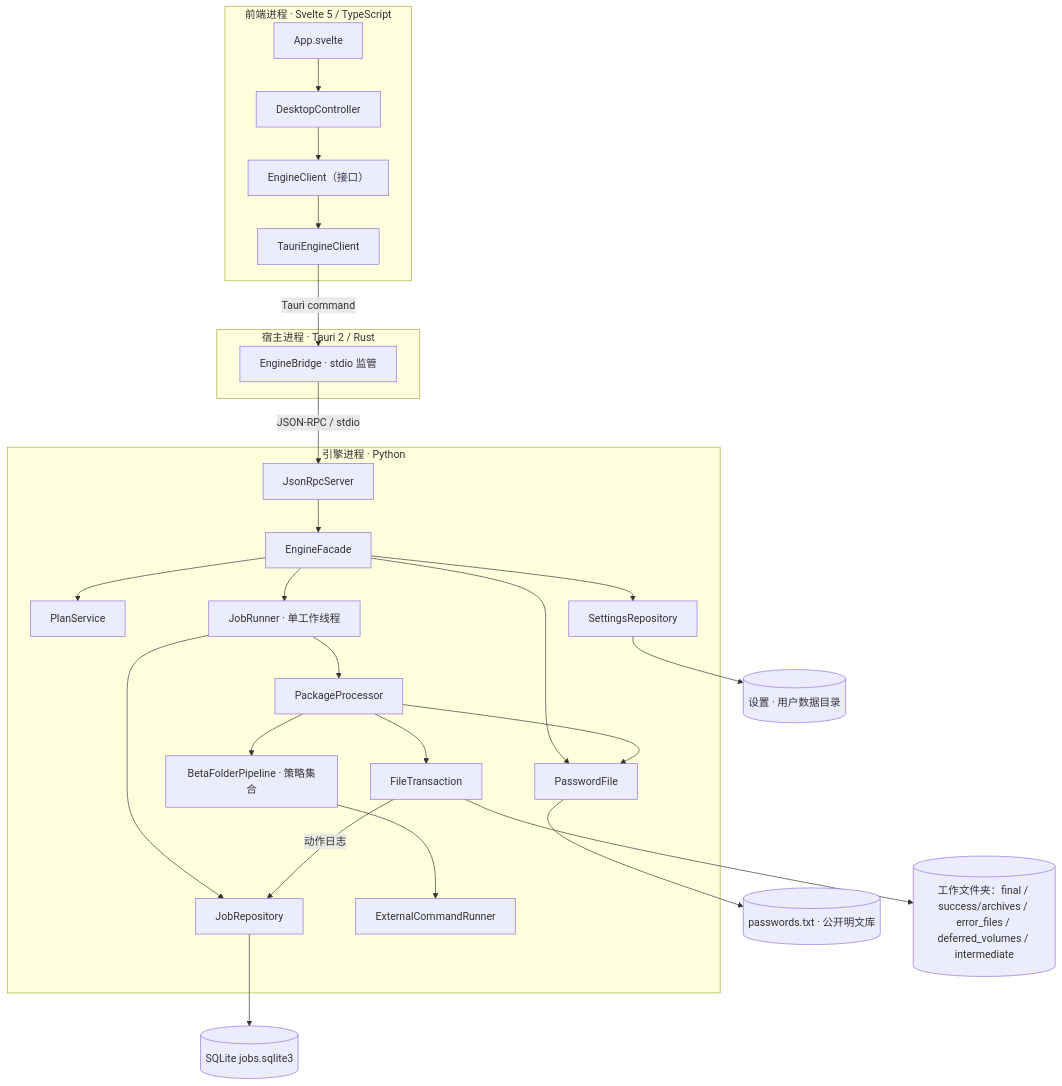
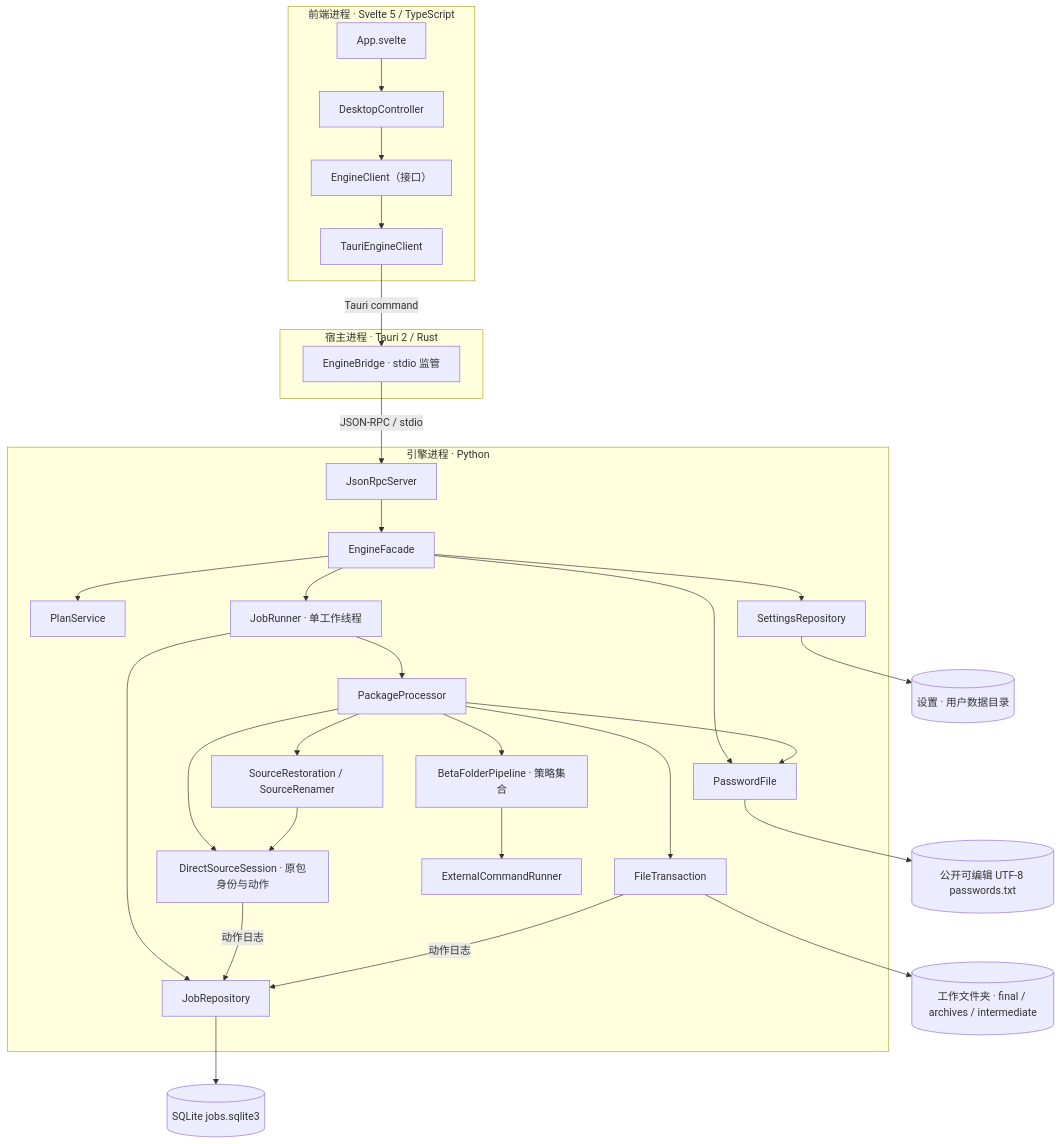
Before and after one commit to WOO-woo-Waf/reorder: the first of 7 diagrams in docs/desktop-design.md, drawn with Mermaid. The commit also changed other lines of this file and 31 other files, not shown here.

````diff
--- a/docs/desktop-design.md
+++ b/docs/desktop-design.md
@@ -15,46 +15,52 @@
 ```mermaid
 flowchart TB
   subgraph FE["前端进程 · Svelte 5 / TypeScript"]
     UI["App.svelte"]
     Controller["DesktopController"]
     Client["EngineClient（接口）"]
     Adapter["TauriEngineClient"]
   end
   subgraph HOST["宿主进程 · Tauri 2 / Rust"]
     Bridge["EngineBridge · stdio 监管"]
   end
   subgraph ENGINE["引擎进程 · Python"]
     Server["JsonRpcServer"]
     Facade["EngineFacade"]
     Planner["PlanService"]
     Jobs["JobRunner · 单工作线程"]
     Processor["PackageProcessor"]
     Files["FileTransaction"]
+    Sources["DirectSourceSession · 原包身份与动作"]
+    Restore["SourceRestoration / SourceRenamer"]
     Secrets["PasswordFile"]
     Settings["SettingsRepository"]
     Repo["JobRepository"]
     Pipeline["BetaFolderPipeline · 策略集合"]
     Runner["ExternalCommandRunner"]
   end
   UI --> Controller
   Controller --> Client
   Client --> Adapter
   Adapter -->|Tauri command| Bridge
   Bridge -->|JSON-RPC / stdio| Server
   Server --> Facade
   Facade --> Planner
   Facade --> Jobs
   Facade --> Settings
   Facade --> Secrets
   Jobs --> Processor
   Jobs --> Repo
   Processor --> Pipeline
   Processor --> Files
+  Processor --> Sources
+  Processor --> Restore
+  Restore --> Sources
+  Sources -->|动作日志| Repo
   Processor --> Secrets
   Files -->|动作日志| Repo
   Pipeline --> Runner
   Repo --> DB[("SQLite jobs.sqlite3")]
   Settings --> Cfg[("设置 · 用户数据目录")]
-  Secrets --> PW[("passwords.txt · 公开明文库")]
-  Files --> Out[("工作文件夹：final / success/archives / error_files / deferred_volumes / intermediate")]
+  Secrets --> OS[("公开可编辑 UTF-8 passwords.txt")]
+  Files --> Out[("工作文件夹 · final / archives / intermediate")]
 ```
````
